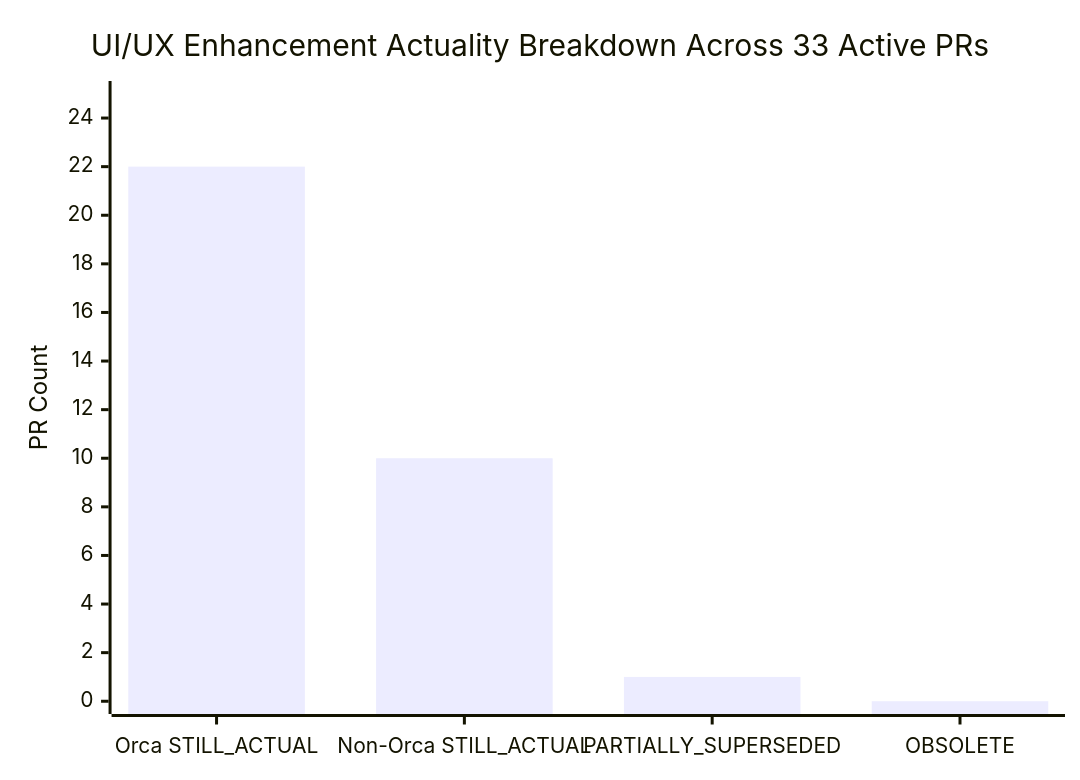
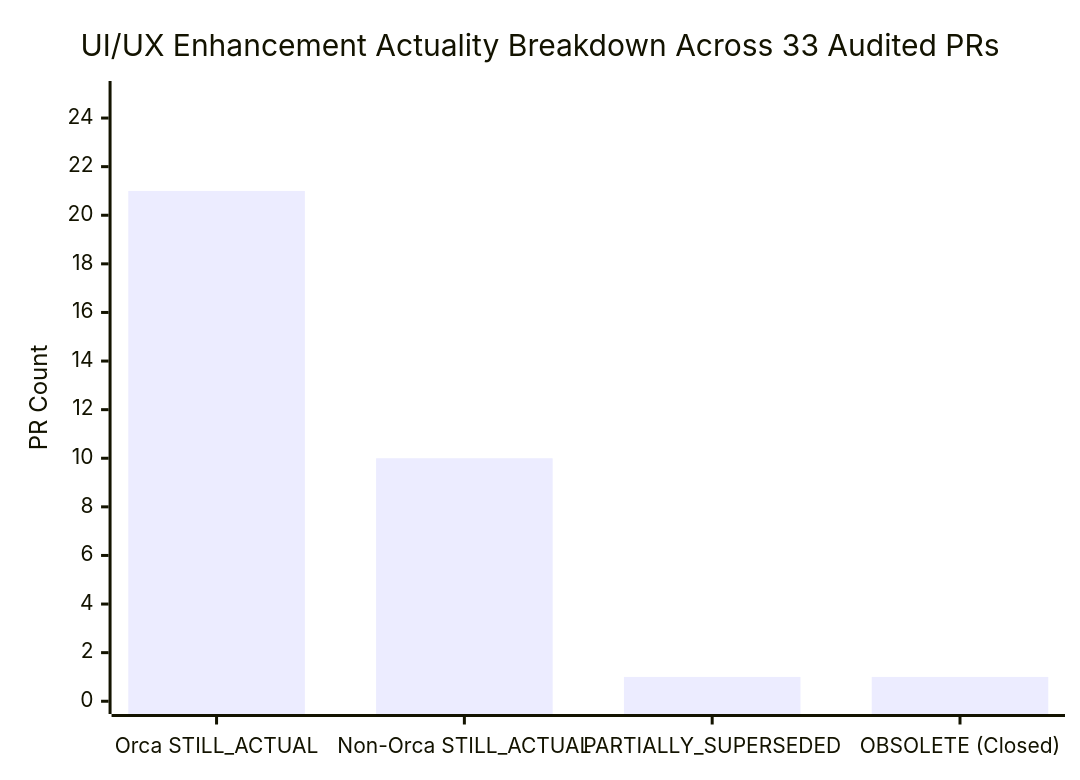
The second of 2 diagrams in .agents/reports/2026-11-06-ui-enhancements-actuality-and-rebase-audit.md (webomage/a2ui-vinext), drawn with Mermaid before and after one commit. The commit also changed other lines of this file and 6 other files, not shown here.

````diff
--- a/.agents/reports/2026-11-06-ui-enhancements-actuality-and-rebase-audit.md
+++ b/.agents/reports/2026-11-06-ui-enhancements-actuality-and-rebase-audit.md
@@ -44,7 +49,7 @@
 ```mermaid
 xychart-beta
-    title "UI/UX Enhancement Actuality Breakdown Across 33 Active PRs"
-    x-axis ["Orca STILL_ACTUAL", "Non-Orca STILL_ACTUAL", "PARTIALLY_SUPERSEDED", "OBSOLETE"]
+    title "UI/UX Enhancement Actuality Breakdown Across 33 Audited PRs"
+    x-axis ["Orca STILL_ACTUAL", "Non-Orca STILL_ACTUAL", "PARTIALLY_SUPERSEDED", "OBSOLETE (Closed)"]
     y-axis "PR Count" 0 --> 25
-    bar [22, 10, 1, 0]
+    bar [21, 10, 1, 1]
 ```
````
